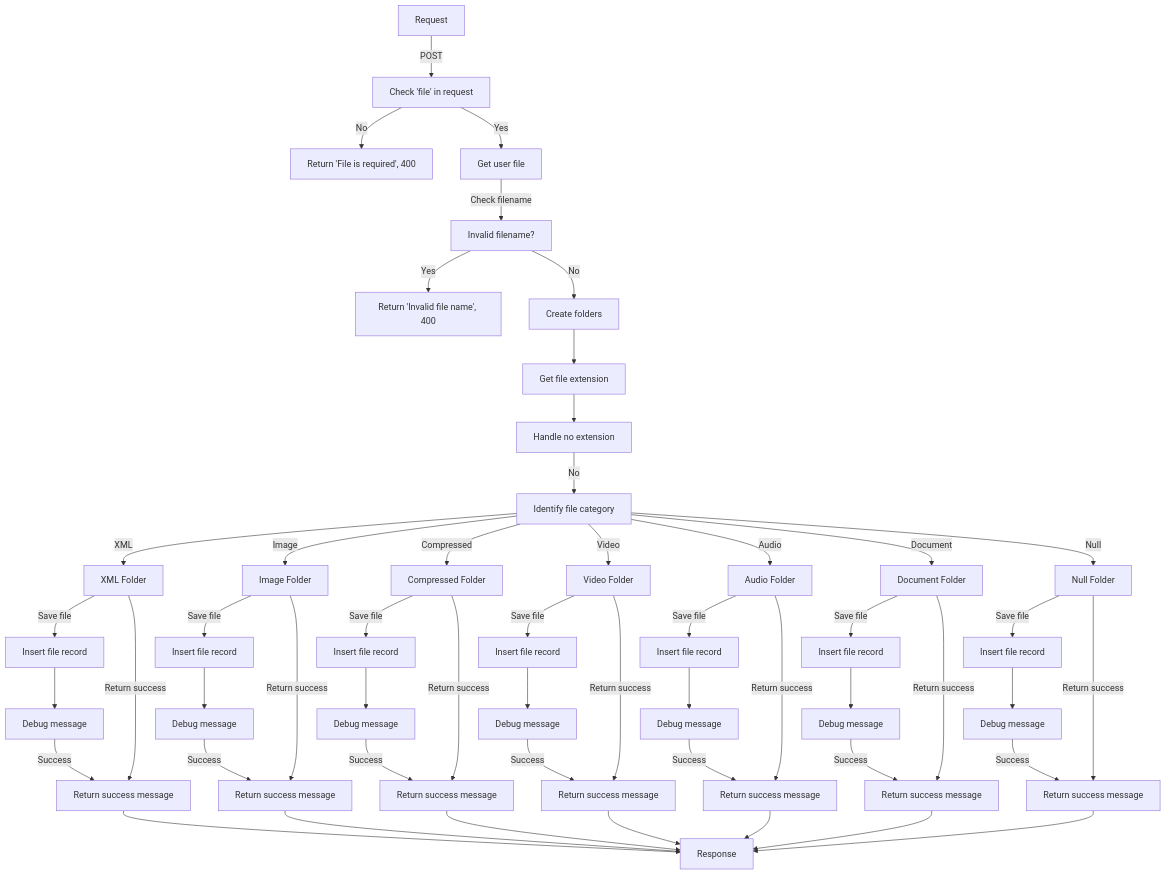
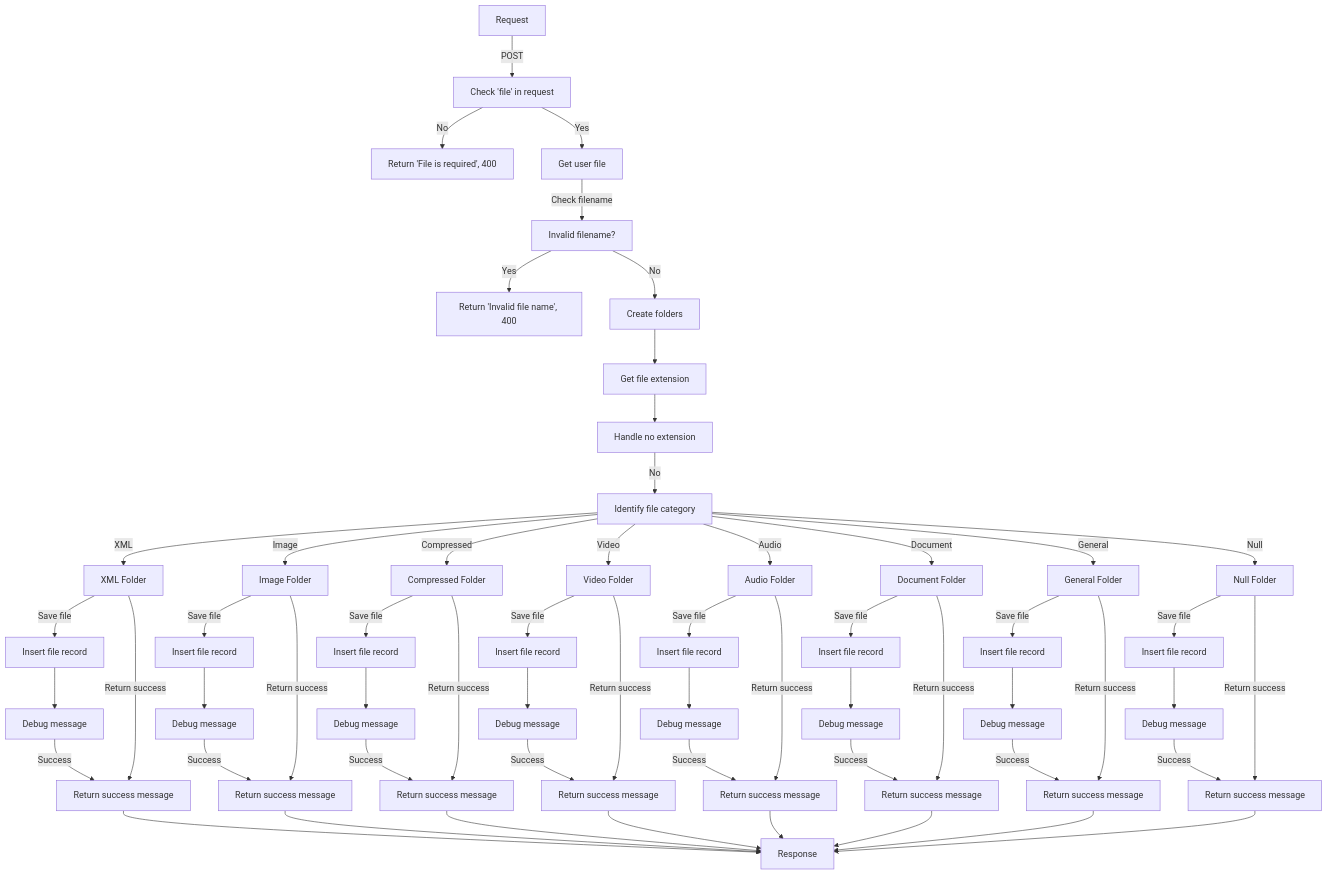
Before and after one commit to 1999AZZAR/Flask-Simple-File-Server: the diagram in README.md, drawn with Mermaid. The commit also changed other lines of this file and 1 other file, not shown here.

````diff
--- a/README.md
+++ b/README.md
@@ -118,54 +121,60 @@
 ```mermaid
 graph TD
   A[Request] -->|POST| B[Check 'file' in request]
   B -->|No| C[Return 'File is required', 400]
   B -->|Yes| D[Get user file]
   D -->|Check filename| E[Invalid filename?]
   E -->|Yes| F[Return 'Invalid file name', 400]
   E -->|No| G[Create folders]
   G --> H[Get file extension]
   H --> I[Handle no extension]
   I -->|No| J[Identify file category]
   J -->|XML| K[XML Folder]
   J -->|Image| L[Image Folder]
   J -->|Compressed| M[Compressed Folder]
   J -->|Video| N[Video Folder]
   J -->|Audio| O[Audio Folder]
   J -->|Document| P[Document Folder]
-  J -->|Null| Q[Null Folder]
-  K -->|Save file| R[Insert file record]
-  R --> S[Debug message]
-  S -->|Success| T[Return success message]
-  K -->|Return success| T[Return success message]
-  L -->|Save file| U[Insert file record]
-  U --> V[Debug message]
-  V -->|Success| W[Return success message]
-  L -->|Return success| W[Return success message]
-  M -->|Save file| X[Insert file record]
-  X --> Y[Debug message]
-  Y -->|Success| Z[Return success message]
-  M -->|Return success| Z[Return success message]
-  N -->|Save file| AA[Insert file record]
-  AA --> AB[Debug message]
-  AB -->|Success| AC[Return success message]
-  N -->|Return success| AC[Return success message]
-  O -->|Save file| AD[Insert file record]
-  AD --> AE[Debug message]
-  AE -->|Success| AF[Return success message]
-  O -->|Return success| AF[Return success message]
-  P -->|Save file| AG[Insert file record]
-  AG --> AH[Debug message]
-  AH -->|Success| AI[Return success message]
-  P -->|Return success| AI[Return success message]
-  Q -->|Save file| AJ[Insert file record]
-  AJ --> AK[Debug message]
-  AK -->|Success| AL[Return success message]
-  Q -->|Return success| AL[Return success message]
-  T --> BM[Response]
-  W --> BM[Response]
-  Z --> BM[Response]
-  AC --> BM[Response]
-  AF --> BM[Response]
-  AI --> BM[Response]
-  AL --> BM[Response]
+  J -->|General| Q[General Folder]
+  J -->|Null| R[Null Folder]
+  K -->|Save file| S[Insert file record]
+  S --> T[Debug message]
+  T -->|Success| U[Return success message]
+  K -->|Return success| U[Return success message]
+  L -->|Save file| V[Insert file record]
+  V --> W[Debug message]
+  W -->|Success| X[Return success message]
+  L -->|Return success| X[Return success message]
+  M -->|Save file| Y[Insert file record]
+  Y --> Z[Debug message]
+  Z -->|Success| AA[Return success message]
+  M -->|Return success| AA[Return success message]
+  N -->|Save file| AB[Insert file record]
+  AB --> AC[Debug message]
+  AC -->|Success| AD[Return success message]
+  N -->|Return success| AD[Return success message]
+  O -->|Save file| AE[Insert file record]
+  AE --> AF[Debug message]
+  AF -->|Success| AG[Return success message]
+  O -->|Return success| AG[Return success message]
+  P -->|Save file| AH[Insert file record]
+  AH --> AI[Debug message]
+  AI -->|Success| AJ[Return success message]
+  P -->|Return success| AJ[Return success message]
+  Q -->|Save file| AK[Insert file record]
+  AK --> AL[Debug message]
+  AL -->|Success| AM[Return success message]
+  Q -->|Return success| AM[Return success message]
+  R -->|Save file| AN[Insert file record]
+  AN --> AO[Debug message]
+  AO -->|Success| AP[Return success message]
+  R -->|Return success| AP[Return success message]
+  U --> BM[Response]
+  X --> BM[Response]
+  AA --> BM[Response]
+  AD --> BM[Response]
+  AG --> BM[Response]
+  AJ --> BM[Response]
+  AM --> BM[Response]
+  AP --> BM[Response]
 ```
````
